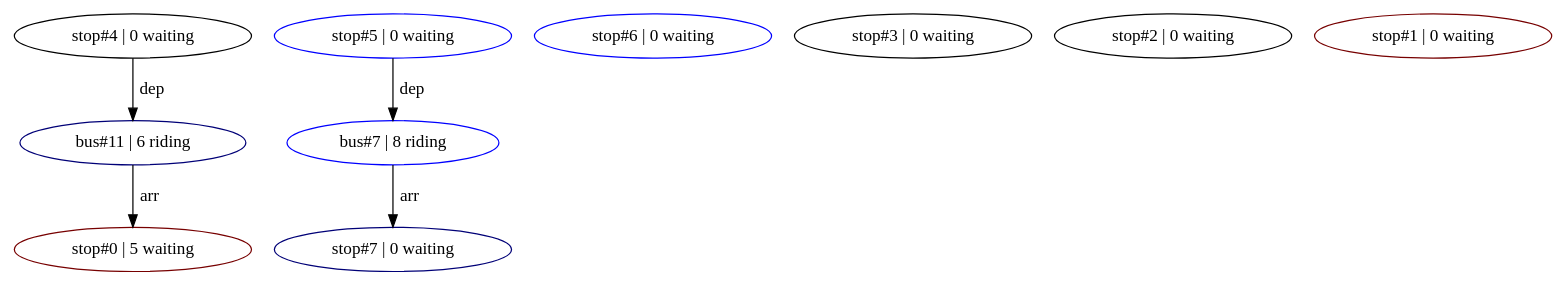
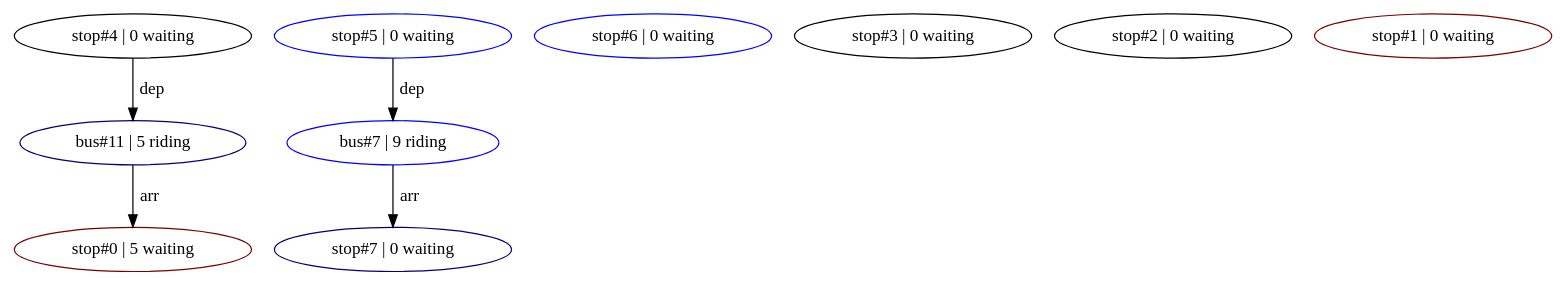
Before and after one commit to spmatthews03/MARTA: the diagram in bin/mts_digraph.dot, drawn with Graphviz. The commit also changed 1 other file, not shown here.

```diff
--- a/bin/mts_digraph.dot
+++ b/bin/mts_digraph.dot
@@ -1,19 +1,19 @@
 digraph G
 {
-  bus11 [ label="bus#11 | 6 riding", color="#000077"];
-  bus7 [ label="bus#7 | 8 riding", color="#0000FF"];
+  bus11 [ label="bus#11 | 5 riding", color="#000077"];
+  bus7 [ label="bus#7 | 9 riding", color="#0000FF"];
 
   stop7 [ label="stop#7 | 0 waiting", color="#000077"];
   stop6 [ label="stop#6 | 0 waiting", color="#0000FF"];
   stop5 [ label="stop#5 | 0 waiting", color="#0000FF"];
   stop4 [ label="stop#4 | 0 waiting", color="#000000"];
   stop3 [ label="stop#3 | 0 waiting", color="#000000"];
   stop2 [ label="stop#2 | 0 waiting", color="#000000"];
   stop1 [ label="stop#1 | 0 waiting", color="#770000"];
   stop0 [ label="stop#0 | 5 waiting", color="#770000"];
 
   stop5 -> bus7 [ label=" dep" ];
   bus7 -> stop7 [ label=" arr" ];
   stop4 -> bus11 [ label=" dep" ];
   bus11 -> stop0 [ label=" arr" ];
 }
```
